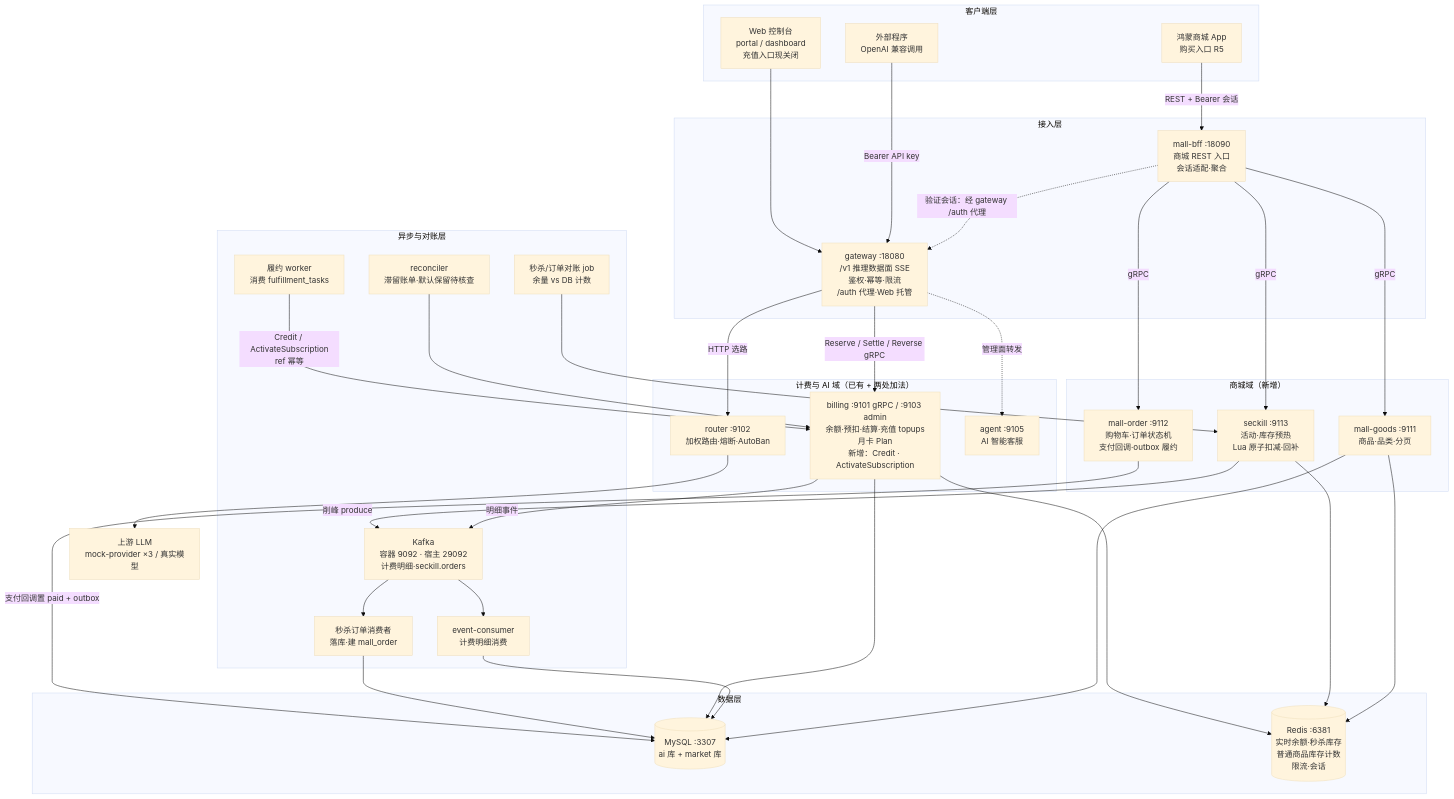
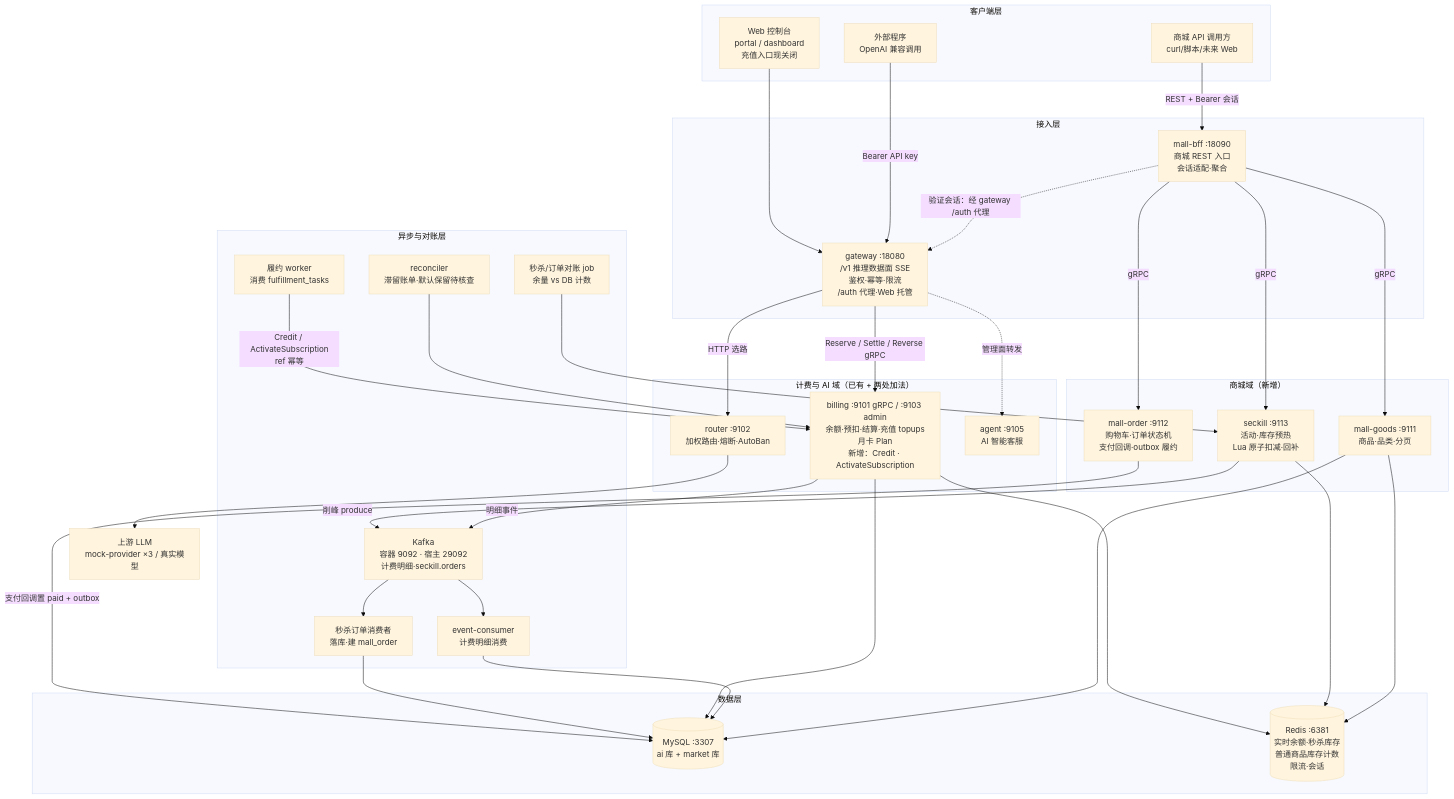
One commit to frostloom/my-market changed the first of 8 diagrams in docs/architecture.md. Above: the diagram before and after it, drawn with Mermaid (base theme). The commit also changed other lines of this file and 4 other files, not shown here.

````diff
--- a/docs/architecture.md
+++ b/docs/architecture.md
@@ -10,72 +11,72 @@
 ```mermaid
 flowchart TB
     subgraph Clients["客户端层"]
-        APP["鸿蒙商城 App<br/>购买入口 R5"]
+        APP["商城 API 调用方<br/>curl/脚本/未来 Web"]
         WEB["Web 控制台<br/>portal / dashboard<br/>充值入口现关闭"]
         EXT["外部程序<br/>OpenAI 兼容调用"]
     end
 
     subgraph Edge["接入层"]
         BFF["mall-bff :18090<br/>商城 REST 入口<br/>会话适配·聚合"]
         GW["gateway :18080<br/>/v1 推理数据面 SSE<br/>鉴权·幂等·限流<br/>/auth 代理·Web 托管"]
     end
 
     subgraph Mall["商城域（新增）"]
         GOODS["mall-goods :9111<br/>商品·品类·分页"]
         ORDER["mall-order :9112<br/>购物车·订单状态机<br/>支付回调·outbox 履约"]
         SK["seckill :9113<br/>活动·库存预热<br/>Lua 原子扣减·回补"]
     end
 
     subgraph Core["计费与 AI 域（已有 + 两处加法）"]
         BILL["billing :9101 gRPC / :9103 admin<br/>余额·预扣·结算·充值 topups<br/>月卡 Plan<br/>新增：Credit · ActivateSubscription"]
         RT["router :9102<br/>加权路由·熔断·AutoBan"]
         AG["agent :9105<br/>AI 智能客服"]
     end
 
     subgraph Async["异步与对账层"]
         KF["Kafka<br/>容器 9092 · 宿主 29092<br/>计费明细·seckill.orders"]
         EC["event-consumer<br/>计费明细消费"]
         SKC["秒杀订单消费者<br/>落库·建 mall_order"]
         FW["履约 worker<br/>消费 fulfillment_tasks"]
         REC["reconciler<br/>滞留账单·默认保留待核查"]
         REC2["秒杀/订单对账 job<br/>余量 vs DB 计数"]
     end
 
     subgraph Data["数据层"]
         MY[("MySQL :3307<br/>ai 库 + market 库")]
         RD[("Redis :6381<br/>实时余额·秒杀库存<br/>普通商品库存计数<br/>限流·会话")]
     end
 
     PROV["上游 LLM<br/>mock-provider ×3 / 真实模型"]
 
     APP -->|"REST + Bearer 会话"| BFF
     WEB --> GW
     EXT -->|"Bearer API key"| GW
 
     BFF -->|"gRPC"| GOODS
     BFF -->|"gRPC"| ORDER
     BFF -->|"gRPC"| SK
     BFF -.->|"验证会话：经 gateway /auth 代理"| GW
 
     ORDER -->|"支付回调置 paid + outbox"| MY
     FW -->|"Credit / ActivateSubscription<br/>ref 幂等"| BILL
     SK -->|"削峰 produce"| KF
     KF --> SKC
     SKC --> MY
 
     GW -->|"Reserve / Settle / Reverse gRPC"| BILL
     GW -->|"HTTP 选路"| RT
     RT --> PROV
 
     BILL --> RD
     BILL --> MY
     BILL -->|"明细事件"| KF
     KF --> EC
     EC --> MY
     REC --> BILL
     REC2 --> SK
     SK --> RD
     GOODS --> RD
     GOODS --> MY
     GW -.->|"管理面转发"| AG
 ```
````
